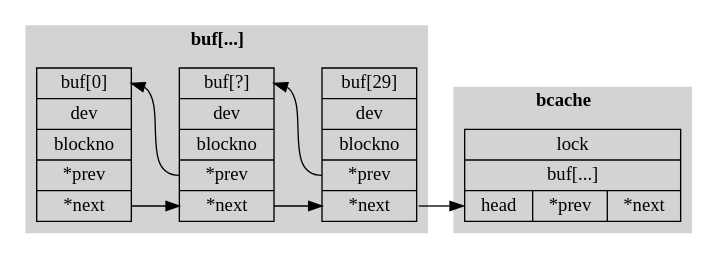
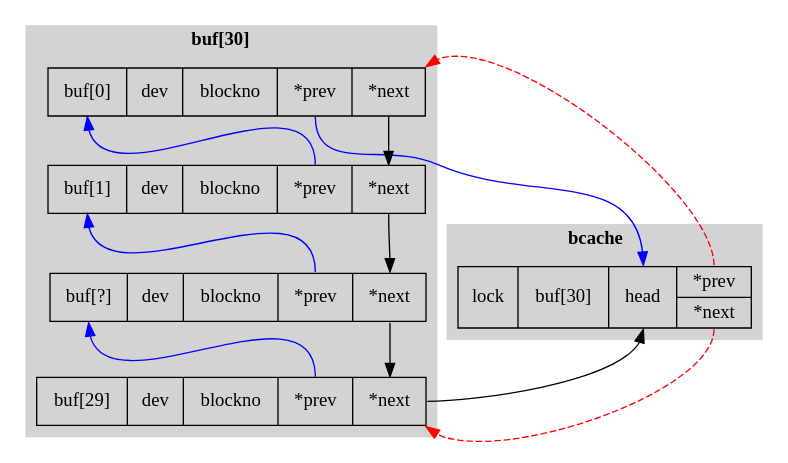
One commit to Jeanhwea/xv6-course changed the diagram in img/bcache-LRU.dot. Above: the diagram before and after it, drawn with Graphviz.

```diff
--- a/img/bcache-LRU.dot
+++ b/img/bcache-LRU.dot
@@ -1,29 +1,34 @@
 digraph bcache_LRU {
-  rankdir=LR;
+  // rankdir=LR;
   node [shape=record];
 
   subgraph cluster_bcache {
     label=<<b>bcache</b>>; style=filled; color=lightgray;
-    bcache[label="lock|<b>buf[...]|{<h>head|<p>*prev|<n>*next}"];
+    bcache[label="lock|<b>buf[30]|<h>head|{<p>*prev|<n>*next}"];
   }
   // bcache:b -> cluster_bufs;
 
 
   subgraph cluster_bufs {
-    label=<<b>buf[...]</b>>; style=filled; color=lightgray;
+    label=<<b>buf[30]</b>>; style=filled; color=lightgray;
     buf1[label="<a>buf[0] |dev|blockno|<p>*prev|<n>*next"];
-    buf2[label="<a>buf[?] |dev|blockno|<p>*prev|<n>*next"];
-    buf3[label="<a>buf[29]|dev|blockno|<p>*prev|<n>*next"];
+    buf2[label="<a>buf[1] |dev|blockno|<p>*prev|<n>*next"];
+    buf3[label="<a>buf[?] |dev|blockno|<p>*prev|<n>*next"];
+    buf9[label="<a>buf[29]|dev|blockno|<p>*prev|<n>*next"];
   }
 
-  // {rank=same buf1 buf2 buf3}
+  // {rank=same buf1 buf2 buf9}
 
-  // bcache:n -> buf1:w;
-  buf1:n   -> buf2:n;
-  buf2:n   -> buf3:n;
-  buf3:n   -> bcache:h;
+  buf1:n -> buf2:n   [color=black];
+  buf2:n -> buf3:n   [color=black];
+  buf3:n -> buf9:n   [color=black];
+  buf9:n -> bcache:h [color=black];
 
-  buf3:p -> buf2:a;
-  buf2:p -> buf1:a;
-  // buf1:p -> bcache:h;
+  buf9:p -> buf3:a   [color=blue];
+  buf3:p -> buf2:a   [color=blue];
+  buf2:p -> buf1:a   [color=blue];
+  buf1:p -> bcache:h [color=blue];
+
+  bcache:n -> buf9:se [color=red style=dashed];
+  bcache:p -> buf1:ne [color=red style=dashed];
 }
```
